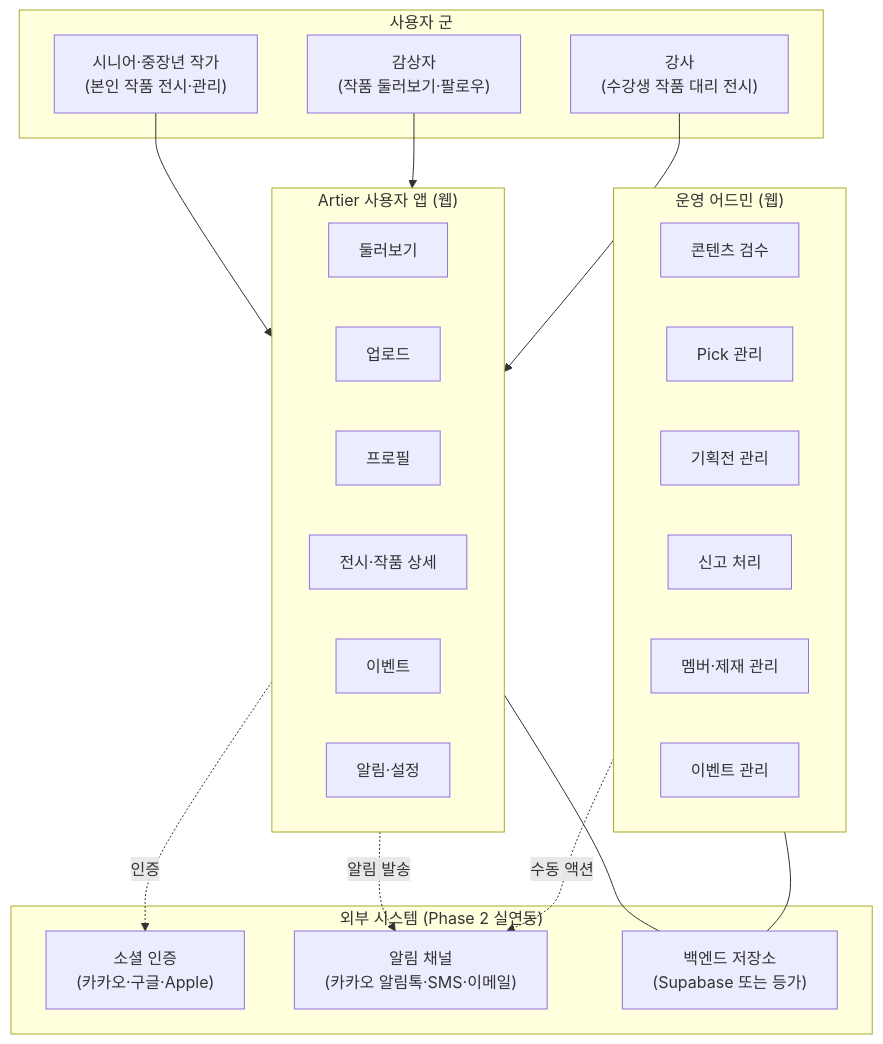
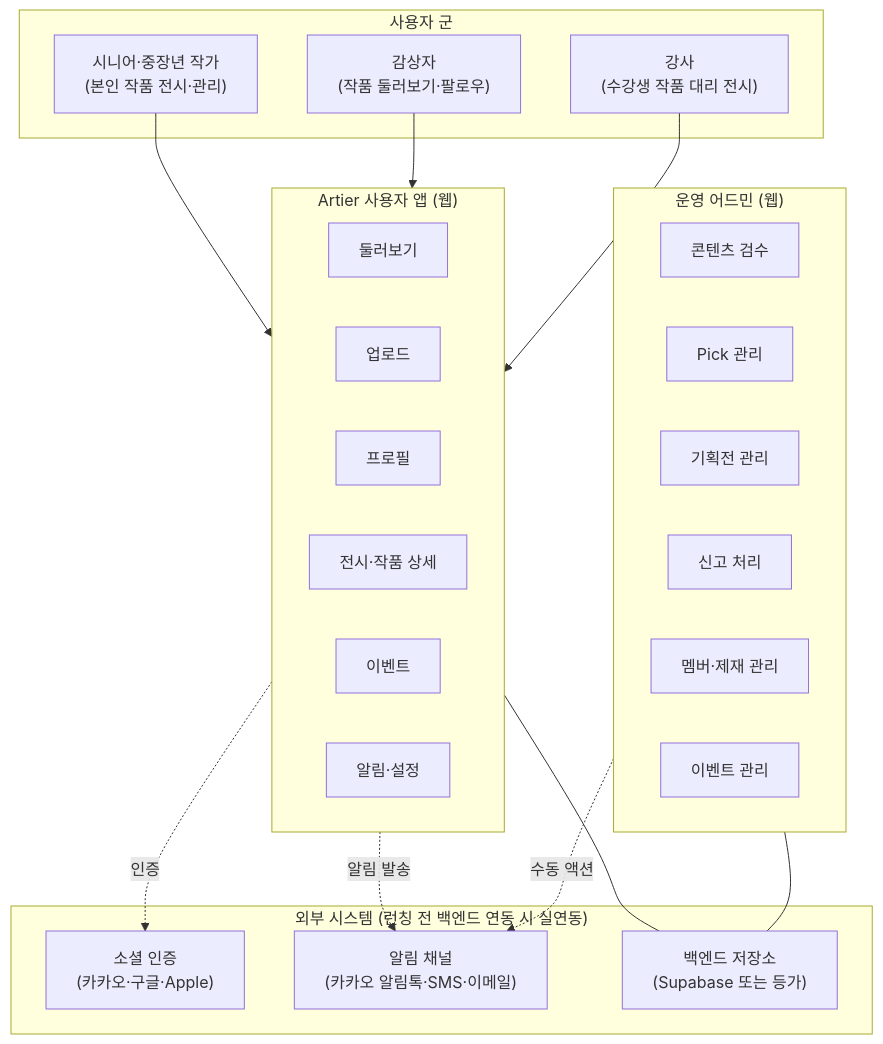
The first of 15 diagrams in _planning/SystemArchitecture_v1.md (aaadhd/supergallery_phase1), drawn with Mermaid before and after one commit. The commit also changed other lines of this file and 4 other files, not shown here.

````diff
--- a/_planning/SystemArchitecture_v1.md
+++ b/_planning/SystemArchitecture_v1.md
@@ -39,41 +39,41 @@
 ```mermaid
 flowchart TB
     subgraph USERS["사용자 군"]
         U1["시니어·중장년 작가<br/>(본인 작품 전시·관리)"]
         U2["감상자<br/>(작품 둘러보기·팔로우)"]
         U3["강사<br/>(수강생 작품 대리 전시)"]
     end
 
     subgraph APP["Artier 사용자 앱 (웹)"]
         APP_BRW["둘러보기"]
         APP_UPL["업로드"]
         APP_PRF["프로필"]
         APP_EXH["전시·작품 상세"]
         APP_EVT["이벤트"]
         APP_NTF["알림·설정"]
     end
 
     subgraph ADMIN["운영 어드민 (웹)"]
         ADM_REV["콘텐츠 검수"]
         ADM_PCK["Pick 관리"]
         ADM_CUR["기획전 관리"]
         ADM_RPT["신고 처리"]
         ADM_MBR["멤버·제재 관리"]
         ADM_EVT["이벤트 관리"]
     end
 
-    subgraph EXT["외부 시스템 (Phase 2 실연동)"]
+    subgraph EXT["외부 시스템 (런칭 전 백엔드 연동 시 실연동)"]
         EXT_OAUTH["소셜 인증<br/>(카카오·구글·Apple)"]
         EXT_NOTI["알림 채널<br/>(카카오 알림톡·SMS·이메일)"]
         EXT_DB["백엔드 저장소<br/>(Supabase 또는 등가)"]
     end
 
     U1 --> APP
     U2 --> APP
     U3 --> APP
     APP -.인증.-> EXT_OAUTH
     APP -.알림 발송.-> EXT_NOTI
     APP --- EXT_DB
     ADMIN --- EXT_DB
     ADMIN -.수동 액션.-> EXT_NOTI
 ```
````
